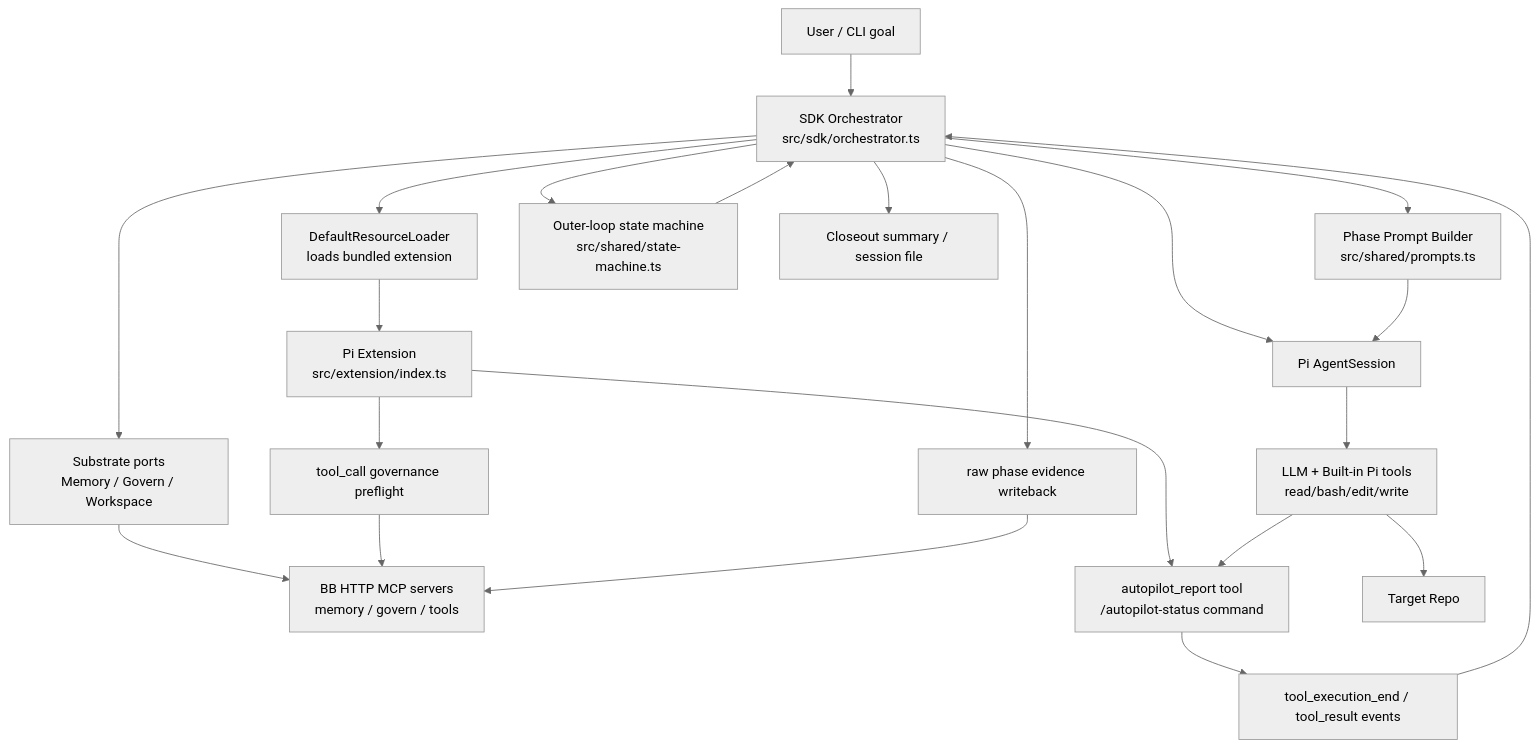
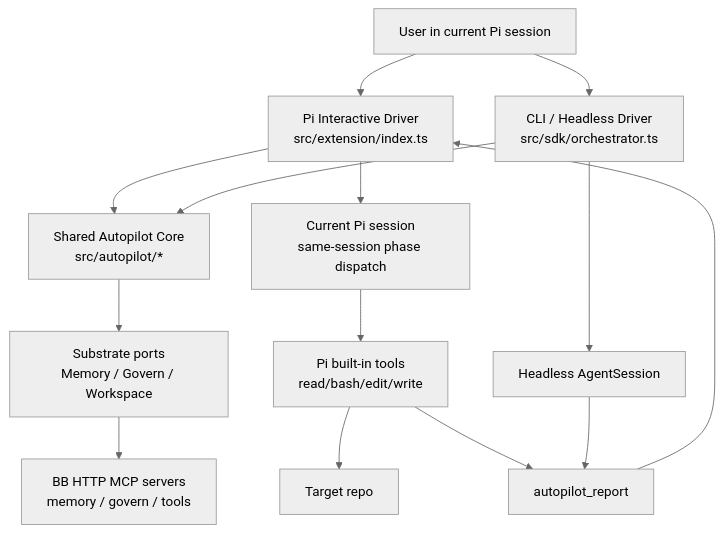
Before and after one commit to archpeng/pi-sdk: the first of 2 diagrams in docs/architecture.md, drawn with Mermaid (neutral theme). The commit also changed other lines of this file and 96 other files, not shown here.

Commit message:
feat: complete pi-sdk autopilot roadmap and proof surfaces

````diff
--- a/docs/architecture.md
+++ b/docs/architecture.md
@@ -39,24 +41,19 @@
 ```mermaid
 flowchart TD
-    U[User / CLI goal] --> O[SDK Orchestrator\nsrc/sdk/orchestrator.ts]
-    O --> RL[DefaultResourceLoader\nloads bundled extension]
-    RL --> E[Pi Extension\nsrc/extension/index.ts]
-    O --> SUB[Substrate ports\nMemory / Govern / Workspace]
+    U[User in current Pi session] --> E[Pi Interactive Driver\nsrc/extension/index.ts]
+    U --> C[CLI / Headless Driver\nsrc/sdk/orchestrator.ts]
+
+    E --> CORE[Shared Autopilot Core\nsrc/autopilot/*]
+    C --> CORE
+
+    CORE --> SUB[Substrate ports\nMemory / Govern / Workspace]
     SUB --> BB[BB HTTP MCP servers\nmemory / govern / tools]
-    O --> P[Phase Prompt Builder\nsrc/shared/prompts.ts]
-    O --> S[Pi AgentSession]
-    P --> S
-    E --> T[autopilot_report tool\n/autopilot-status command]
-    E --> G[tool_call governance preflight]
-    G --> BB
-    S --> M[LLM + Built-in Pi tools\nread/bash/edit/write]
-    M --> R[Target Repo]
-    M --> T
-    T --> EV[tool_execution_end / tool_result events]
-    EV --> O
-    O --> SM[Outer-loop state machine\nsrc/shared/state-machine.ts]
-    SM --> O
-    O --> C[Closeout summary / session file]
-    O --> W[raw phase evidence writeback]
-    W --> BB
+
+    E --> PI[Current Pi session\nsame-session phase dispatch]
+    PI --> TOOLS[Pi built-in tools\nread/bash/edit/write]
+    TOOLS --> R[Target repo]
+    TOOLS --> REPORT[autopilot_report]
+    REPORT --> E
+    C --> S[Headless AgentSession]
+    S --> REPORT
 ```
````
